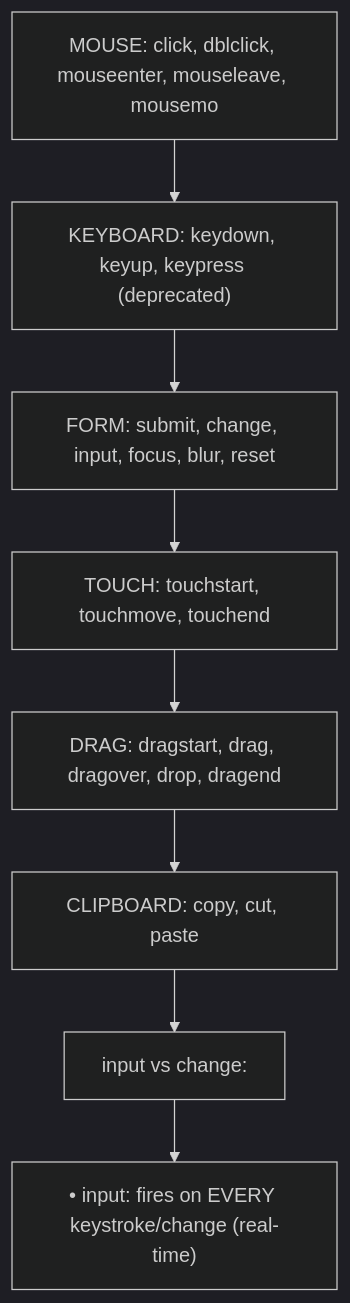
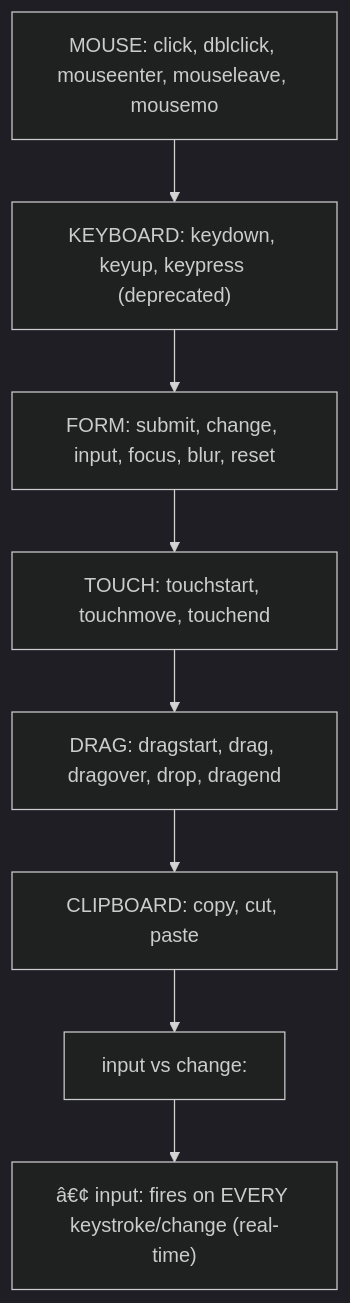
One commit to SaiHarsha502vvit/Daily-Prep changed the fifth of 8 diagrams in 16_JavaScript/05_JS_DOM_BrowserAPIs.md. Above: the diagram before and after it, drawn with Mermaid (dark theme). The commit also changed other lines of this file and 256 other files, not shown here.

````diff
--- a/16_JavaScript/05_JS_DOM_BrowserAPIs.md
+++ b/16_JavaScript/05_JS_DOM_BrowserAPIs.md
@@ -470,18 +470,18 @@
 ```mermaid
 flowchart TD
     N1["MOUSE: click, dblclick, mouseenter, mouseleave, mousemo"]
     N2["KEYBOARD: keydown, keyup, keypress (deprecated)"]
     N3["FORM: submit, change, input, focus, blur, reset"]
     N4["TOUCH: touchstart, touchmove, touchend"]
     N5["DRAG: dragstart, drag, dragover, drop, dragend"]
     N6["CLIPBOARD: copy, cut, paste"]
     N7["input vs change:"]
-    N8["• input: fires on EVERY keystroke/change (real-time)"]
+    N8["â€¢ input: fires on EVERY keystroke/change (real-time)"]
     N1 --> N2
     N2 --> N3
     N3 --> N4
     N4 --> N5
     N5 --> N6
     N6 --> N7
     N7 --> N8
 ```
````
